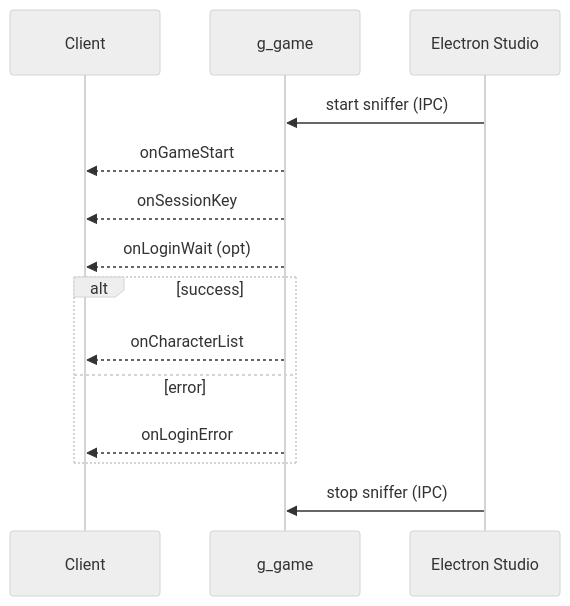
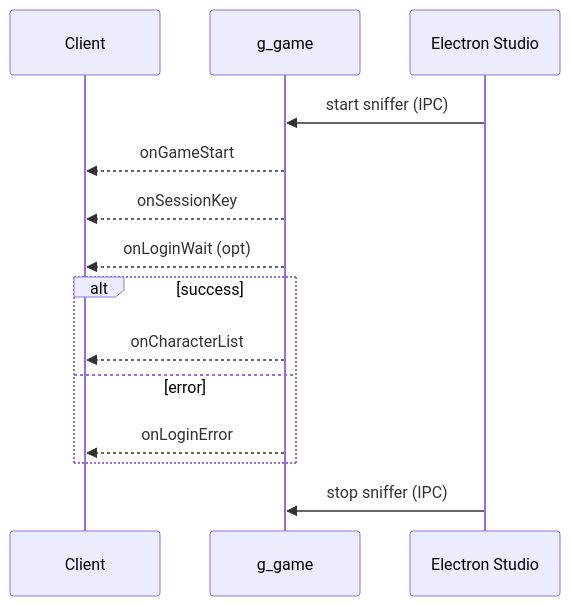
One commit to lukaszj321/otcv8-dev changed the first of 2 diagrams in docs/authoring/_sources/chapter_02_events_docs_export_kit_authoring_agent_ready.md. Above: the diagram before and after it, drawn with Mermaid. The commit also changed other lines of this file, not shown here.

Commit message:
Clean up Mermaid diagram theme initialization
Removed unnecessary theme initialization from Mermaid diagrams in the documentation.

````diff
--- a/docs/authoring/_sources/chapter_02_events_docs_export_kit_authoring_agent_ready.md
+++ b/docs/authoring/_sources/chapter_02_events_docs_export_kit_authoring_agent_ready.md
@@ -545,18 +545,17 @@
 ```mermaid
-%%{init: {'theme':'neutral','themeVariables':{'primaryTextColor':'#ddd','lineColor':'#9aa0a6'}}}%%
 sequenceDiagram
   participant Client
   participant Game as g_game
   participant Studio as Electron Studio
 
   Studio->>Game: start sniffer (IPC)
   Game-->>Client: onGameStart
   Game-->>Client: onSessionKey
   Game-->>Client: onLoginWait (opt)
   alt success
     Game-->>Client: onCharacterList
   else error
     Game-->>Client: onLoginError
   end
   Studio->>Game: stop sniffer (IPC)
 ```
````
